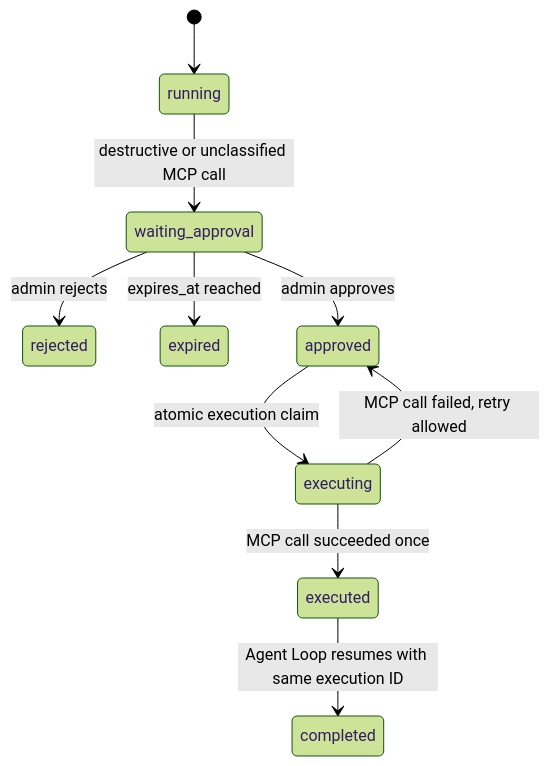
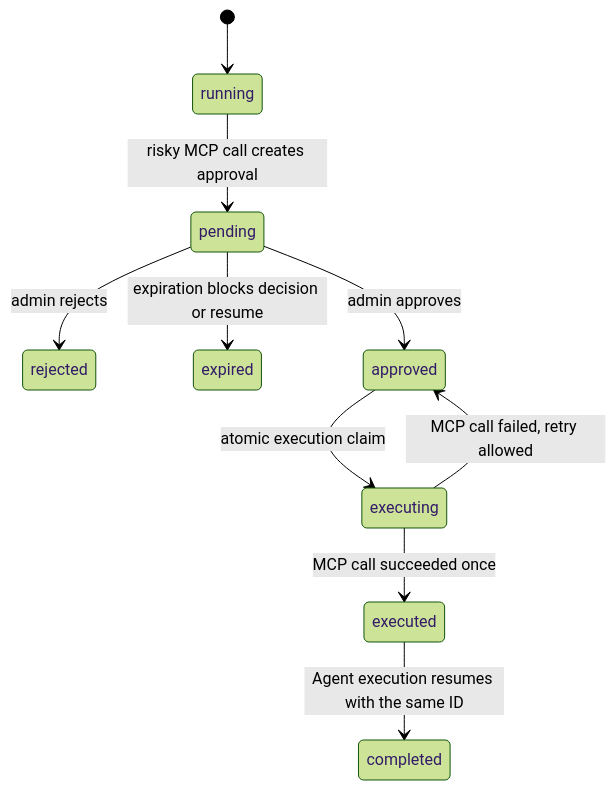
One commit to ArchChuan/Stratum changed the second of 2 diagrams in docs/agent/agent-chat-flow.md. Above: the diagram before and after it, drawn with Mermaid (forest theme). The commit also changed other lines of this file, not shown here.

Commit message:
docs(agent): fix and refresh chat flow diagrams

````diff
--- a/docs/agent/agent-chat-flow.md
+++ b/docs/agent/agent-chat-flow.md
@@ -45,12 +53,12 @@
 ```mermaid
 stateDiagram-v2
     [*] --> running
-    running --> waiting_approval: destructive or unclassified MCP call
-    waiting_approval --> rejected: admin rejects
-    waiting_approval --> expired: expires_at reached
-    waiting_approval --> approved: admin approves
+    running --> pending: risky MCP call creates approval
+    pending --> rejected: admin rejects
+    pending --> expired: expiration blocks decision or resume
+    pending --> approved: admin approves
     approved --> executing: atomic execution claim
     executing --> approved: MCP call failed, retry allowed
     executing --> executed: MCP call succeeded once
-    executed --> completed: Agent Loop resumes with same execution ID
+    executed --> completed: Agent execution resumes with the same ID
 ```
````
